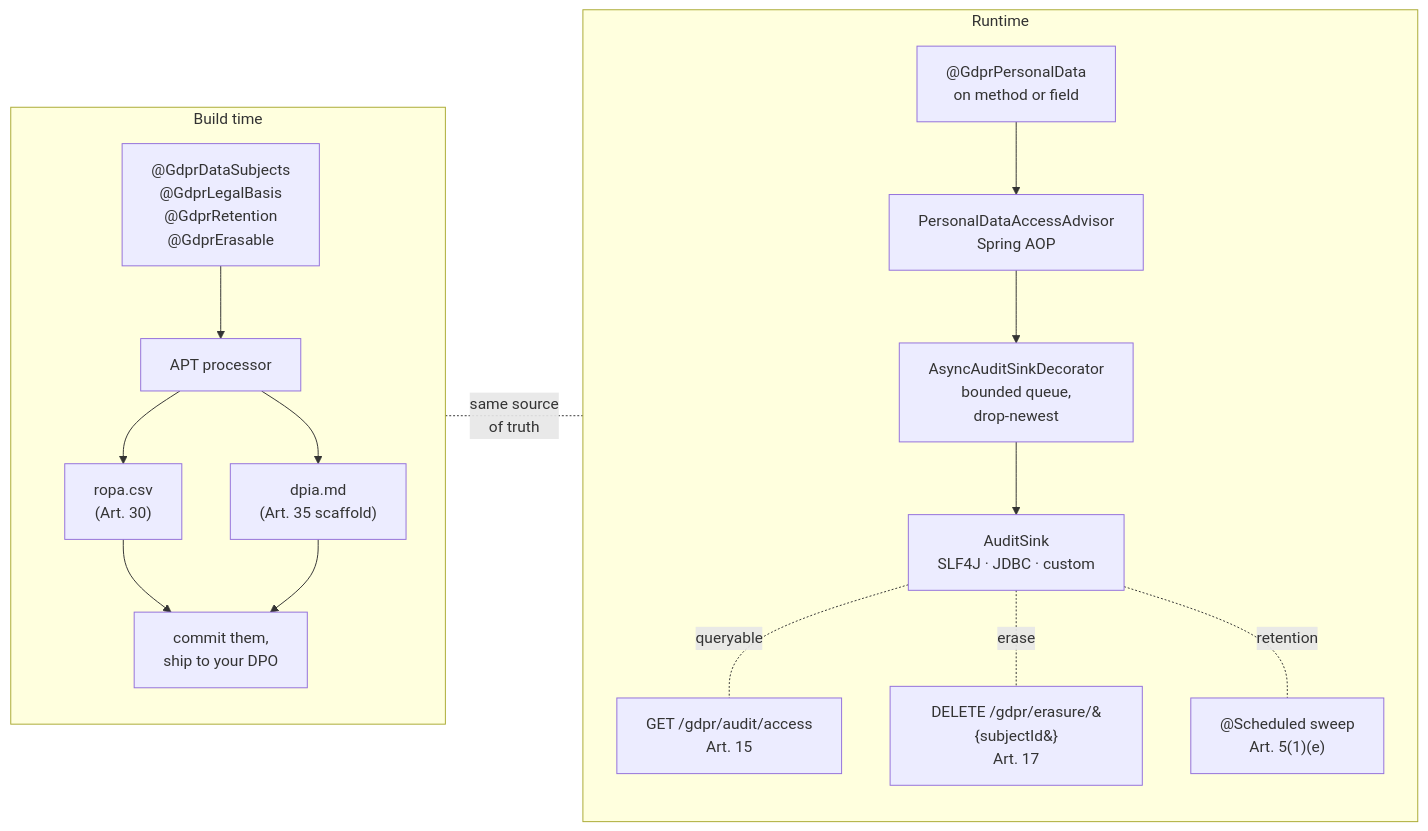
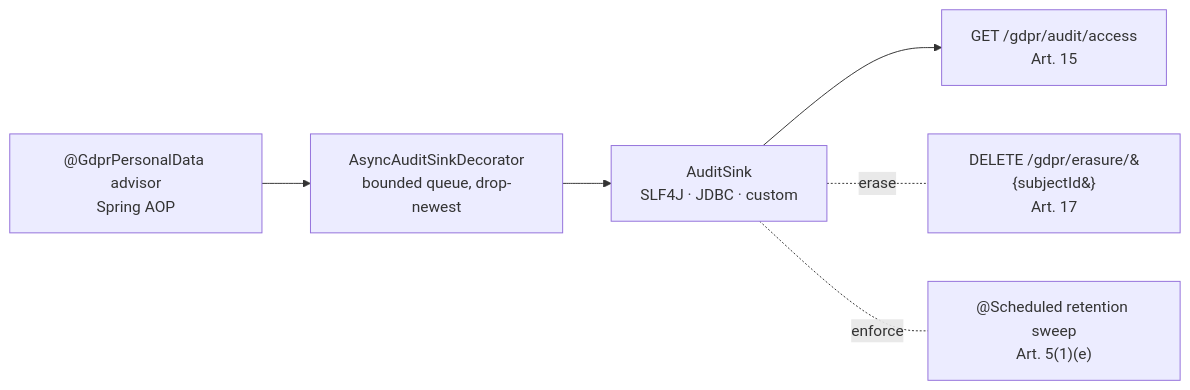
Before and after one commit to iambilotta/spring-gdpr: the third of 3 diagrams in README.md, drawn with Mermaid. The commit also changed other lines of this file, not shown here.

First line of the commit message:
docs(readme): vendista rewrite with exec summary, mermaid stack, perf numbers (#13)

````diff
--- a/README.md
+++ b/README.md
@@ -85,23 +122,14 @@
 ```mermaid
 flowchart LR
-    subgraph build["Build time"]
-        direction TB
-        A1["@GdprDataSubjects<br/>@GdprLegalBasis<br/>@GdprRetention<br/>@GdprErasable"] --> APT[APT processor]
-        APT --> ROPA["ropa.csv<br/>(Art. 30)"]
-        APT --> DPIA["dpia.md<br/>(Art. 35 scaffold)"]
-        ROPA --> COMMIT[commit them,<br/>ship to your DPO]
-        DPIA --> COMMIT
-    end
+    advisor["@GdprPersonalData advisor<br/>Spring AOP"]
+    async[AsyncAuditSinkDecorator<br/>bounded queue, drop-newest]
+    sink[AuditSink<br/>SLF4J · JDBC · custom]
+    rest1[GET /gdpr/audit/access<br/>Art. 15]
+    rest2[DELETE /gdpr/erasure/&#123;subjectId&#125;<br/>Art. 17]
+    sched["@Scheduled retention sweep<br/>Art. 5(1)(e)"]
 
-    subgraph runtime["Runtime"]
-        direction TB
-        PD["@GdprPersonalData<br/>on method or field"] --> ADV[PersonalDataAccessAdvisor<br/>Spring AOP]
-        ADV --> ASYNC[AsyncAuditSinkDecorator<br/>bounded queue,<br/>drop-newest]
-        ASYNC --> SINK[AuditSink<br/>SLF4J · JDBC · custom]
-        SINK -. queryable .- REST1[GET /gdpr/audit/access<br/>Art. 15]
-        SINK -. erase .- REST2[DELETE /gdpr/erasure/&#123;subjectId&#125;<br/>Art. 17]
-        SINK -. retention .- SCHED["@Scheduled sweep<br/>Art. 5(1)(e)"]
-    end
-
-    A1 -. same source<br/>of truth .- PD
+    advisor --> async --> sink
+    sink --> rest1
+    sink -. erase .- rest2
+    sink -. enforce .- sched
 ```
````
